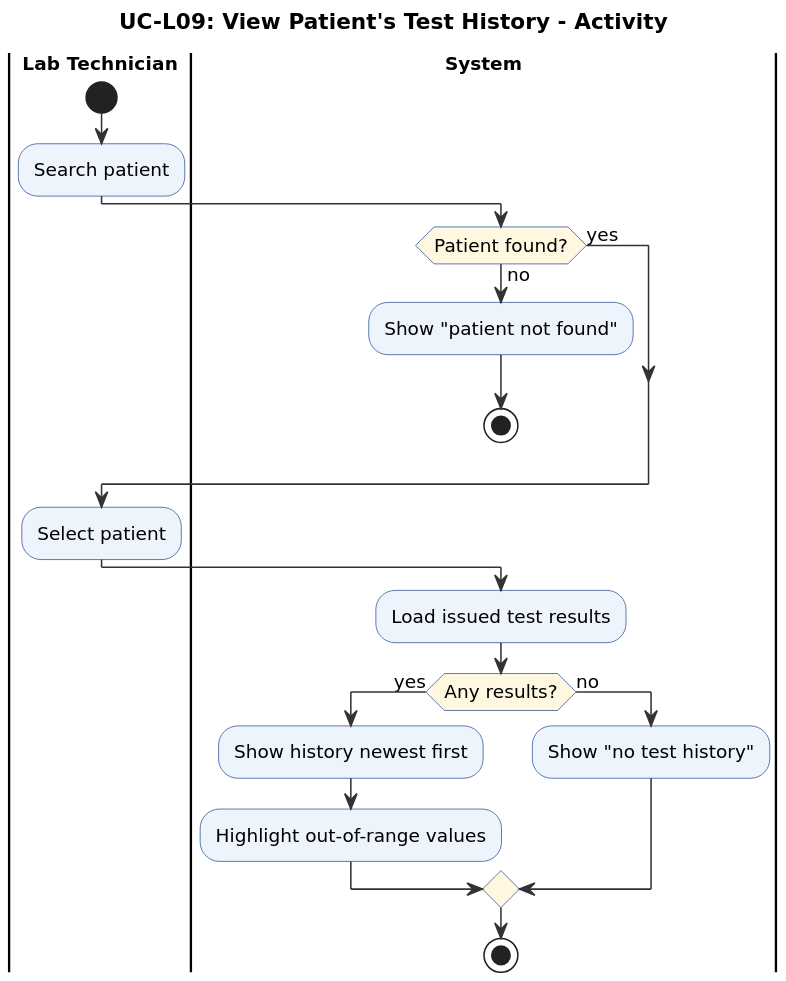
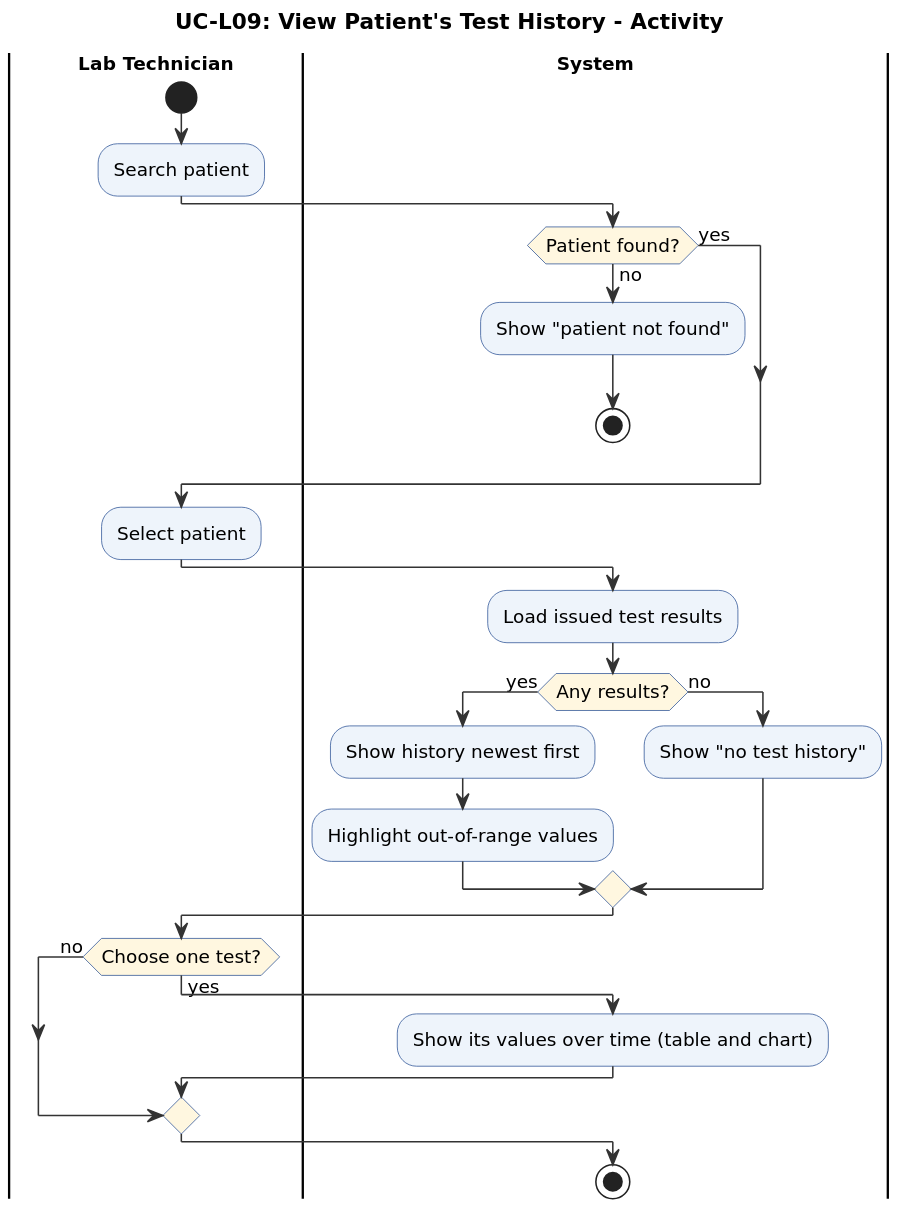
One commit to aymansl/HCMS changed the diagram in docs/diagrams/UC-L09_act.puml. Above: the diagram before and after it, drawn with PlantUML. The commit also changed 16 other files, not shown here.

Commit message:
feat(lab): view patient test history (L9)

```diff
--- a/docs/diagrams/UC-L09_act.puml
+++ b/docs/diagrams/UC-L09_act.puml
@@ -1,40 +1,46 @@
 @startuml
 skinparam dpi 170
 skinparam shadowing false
 skinparam defaultFontName DejaVu Sans
 skinparam defaultFontSize 12
 skinparam ArrowColor #333333
 skinparam ActivityBackgroundColor #EEF4FB
 skinparam ActivityBorderColor #2F5597
 skinparam ActivityDiamondBackgroundColor #FFF7E0
 skinparam SwimlaneTitleFontStyle bold
 skinparam ParticipantBackgroundColor #EEF4FB
 skinparam ParticipantBorderColor #2F5597
 skinparam SequenceLifeLineBorderColor #888888
 skinparam UsecaseBackgroundColor #EEF4FB
 skinparam UsecaseBorderColor #2F5597
 skinparam ActorBorderColor #2F5597
 skinparam DatabaseBackgroundColor #EEF4FB
 skinparam SequenceGroupHeaderFontStyle bold
 title UC-L09: View Patient's Test History - Activity
 |Lab Technician|
 start
 :Search patient;
 |System|
 if (Patient found?) then (no)
   :Show "patient not found";
   stop
 else (yes)
 endif
 |Lab Technician|
 :Select patient;
 |System|
 :Load issued test results;
 if (Any results?) then (yes)
   :Show history newest first;
   :Highlight out-of-range values;
 else (no)
   :Show "no test history";
 endif
+|Lab Technician|
+if (Choose one test?) then (yes)
+  |System|
+  :Show its values over time (table and chart);
+else (no)
+endif
 stop
 @enduml
```
